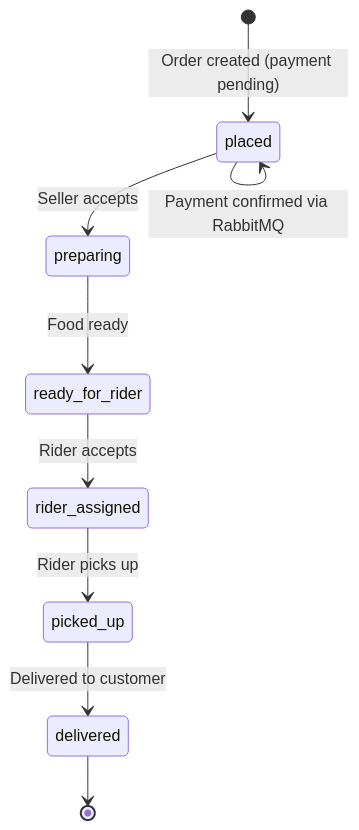
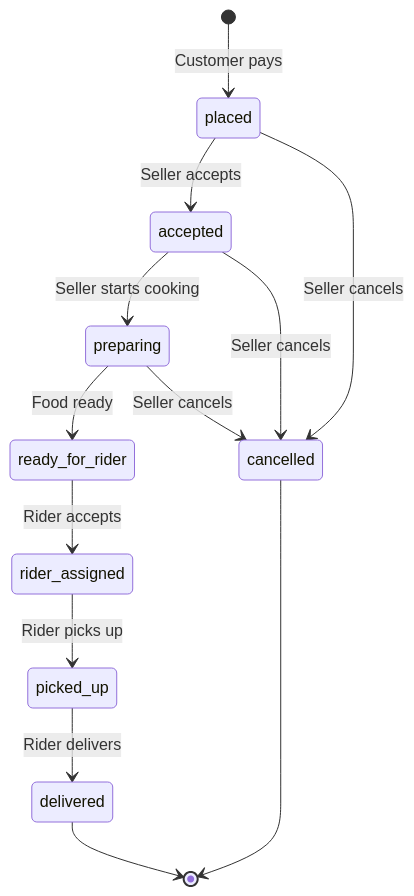
Before and after one commit to subhm2004/ByteBites: the fifth of 5 diagrams in README.md, drawn with Mermaid. The commit also changed other lines of this file and 1 other file, not shown here.

````diff
--- a/README.md
+++ b/README.md
@@ -314,11 +514,15 @@
 ```mermaid
 stateDiagram-v2
-    [*] --> placed: Order created (payment pending)
-    placed --> placed: Payment confirmed via RabbitMQ
-    placed --> preparing: Seller accepts
+    [*] --> placed: Customer pays
+    placed --> accepted: Seller accepts
+    placed --> cancelled: Seller cancels
+    accepted --> preparing: Seller starts cooking
+    accepted --> cancelled: Seller cancels
     preparing --> ready_for_rider: Food ready
+    preparing --> cancelled: Seller cancels
     ready_for_rider --> rider_assigned: Rider accepts
     rider_assigned --> picked_up: Rider picks up
-    picked_up --> delivered: Delivered to customer
+    picked_up --> delivered: Rider delivers
     delivered --> [*]
+    cancelled --> [*]
 ```
````
